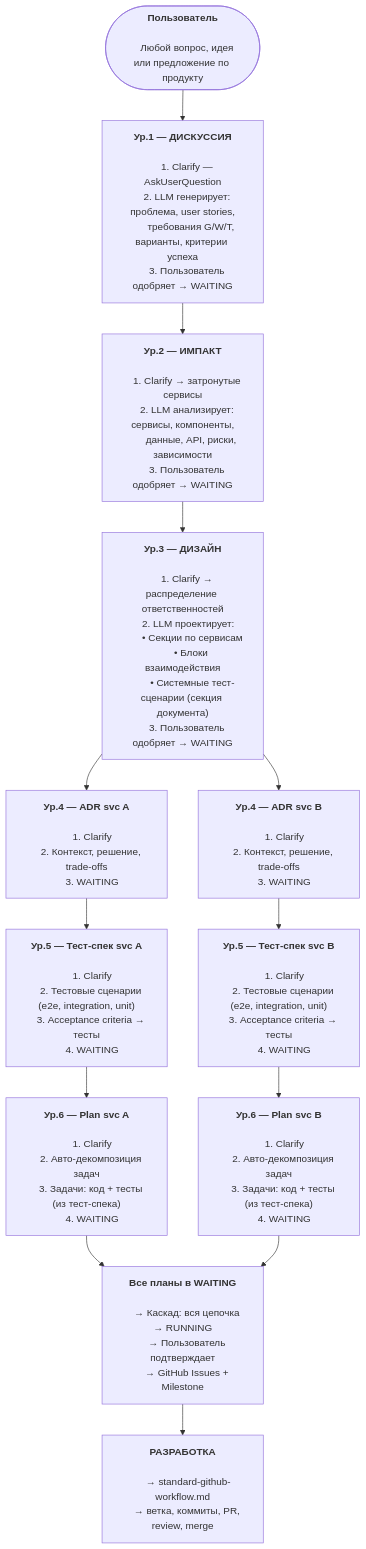
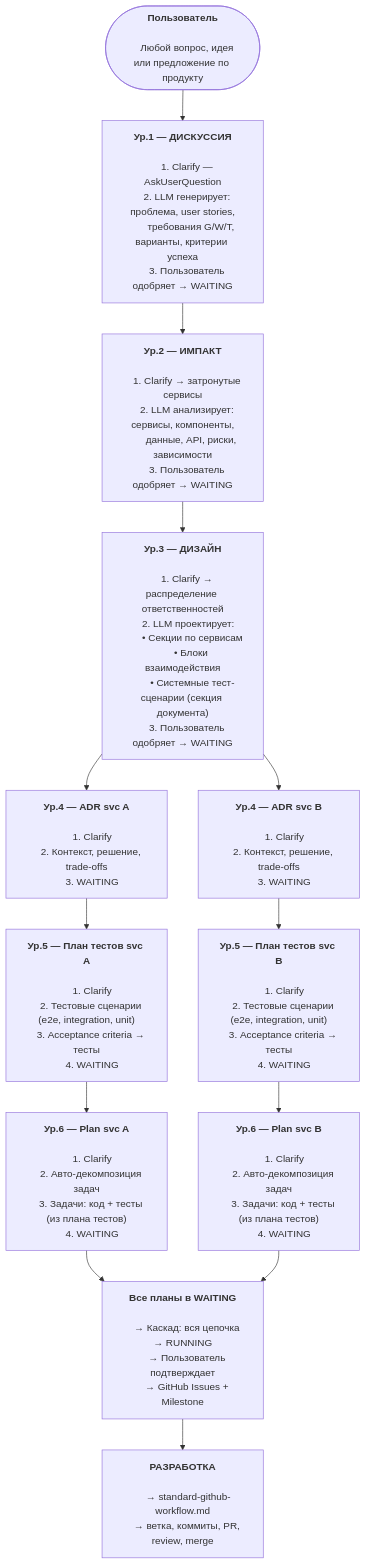
Before and after one commit to NSEvteev/FullSpec: the fourth of 5 diagrams in .claude/drafts/examples/2026-02-08-specs-architecture.md, drawn with Mermaid. The commit also changed other lines of this file and 19 other files, not shown here.

```diff
--- a/.claude/drafts/examples/2026-02-08-specs-architecture.md
+++ b/.claude/drafts/examples/2026-02-08-specs-architecture.md
@@ -617,14 +617,14 @@
     2. Контекст, решение, trade-offs
     3. WAITING"]
 
-    TESTA["<b>Ур.5 — Тест-спек svc A</b>
+    TESTA["<b>Ур.5 — План тестов svc A</b>
 
     1. Clarify
     2. Тестовые сценарии (e2e, integration, unit)
     3. Acceptance criteria → тесты
     4. WAITING"]
 
-    TESTB["<b>Ур.5 — Тест-спек svc B</b>
+    TESTB["<b>Ур.5 — План тестов svc B</b>
 
     1. Clarify
     2. Тестовые сценарии (e2e, integration, unit)
@@ -635,14 +635,14 @@
 
     1. Clarify
     2. Авто-декомпозиция задач
-    3. Задачи: код + тесты (из тест-спека)
+    3. Задачи: код + тесты (из плана тестов)
     4. WAITING"]
 
     PLANB["<b>Ур.6 — Plan svc B</b>
 
     1. Clarify
     2. Авто-декомпозиция задач
-    3. Задачи: код + тесты (из тест-спека)
+    3. Задачи: код + тесты (из плана тестов)
     4. WAITING"]
 
     CONFIRM["<b>Все планы в WAITING</b>
```
